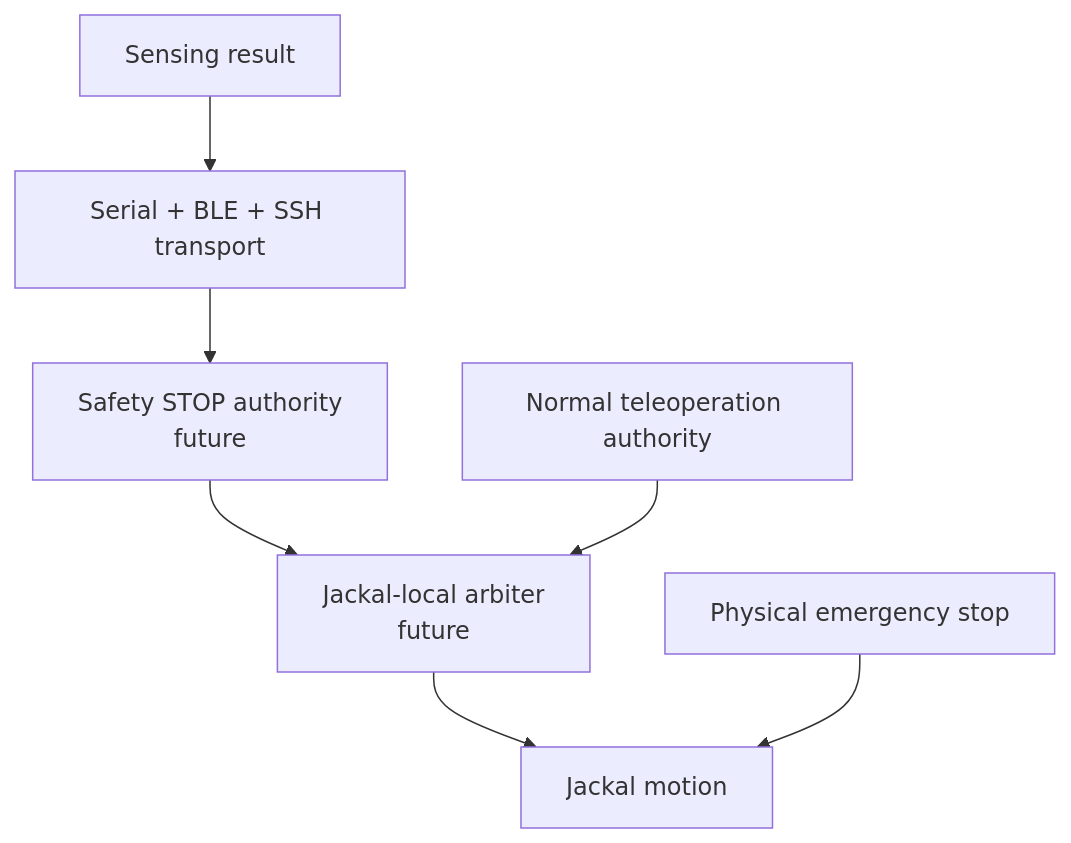
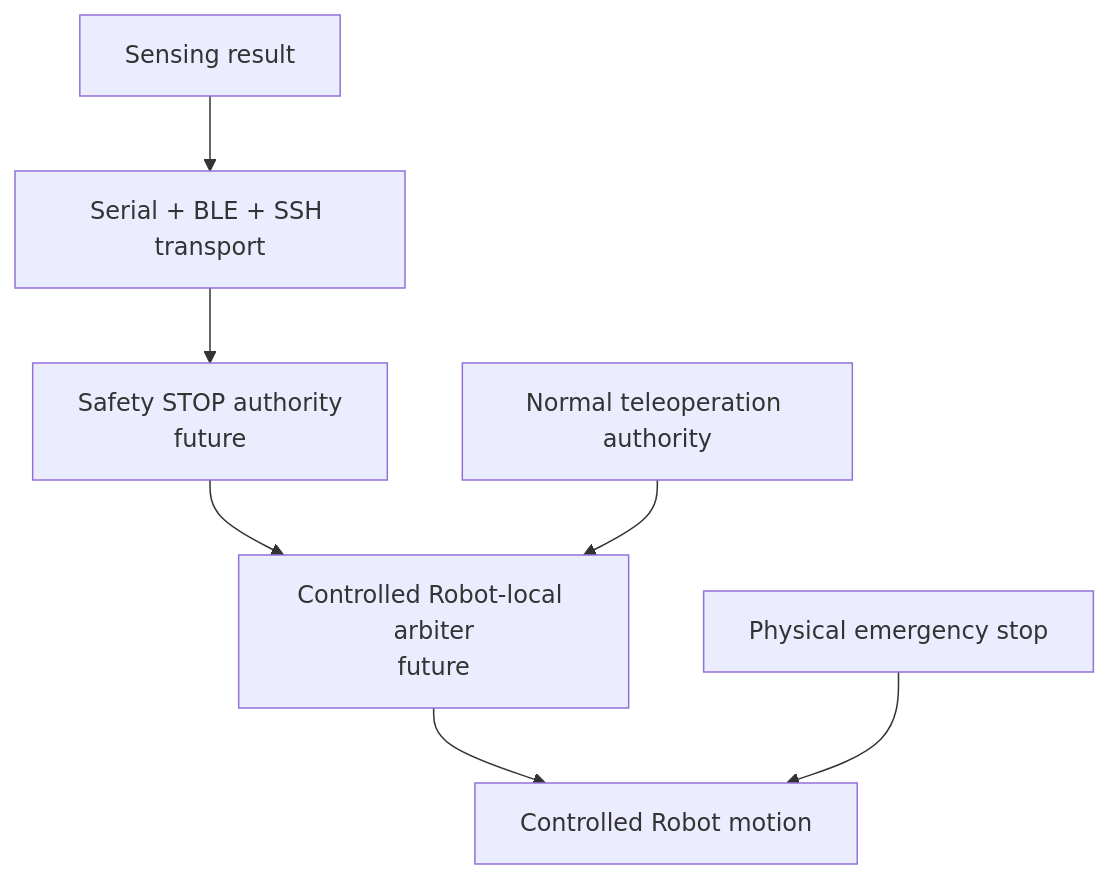
Diagram 18 of 21 in system/architecture.md (kirolossedra/RIS-Robotics), drawn with Mermaid before and after one commit. The commit also changed other lines of this file and 7 other files, not shown here.

````diff
--- a/system/architecture.md
+++ b/system/architecture.md
@@ -494,15 +509,15 @@
 ```mermaid
 flowchart TB
     SENSE[Sensing result]
     TRANSPORT[Serial + BLE + SSH transport]
     STOP[Safety STOP authority<br/>future]
     JOY[Normal teleoperation authority]
-    ARB[Jackal-local arbiter<br/>future]
-    MOTION[Jackal motion]
+    ARB[Controlled Robot-local arbiter<br/>future]
+    MOTION[Controlled Robot motion]
     ESTOP[Physical emergency stop]
 
     SENSE --> TRANSPORT --> STOP --> ARB
     JOY --> ARB
     ARB --> MOTION
     ESTOP --> MOTION
 ```
````
